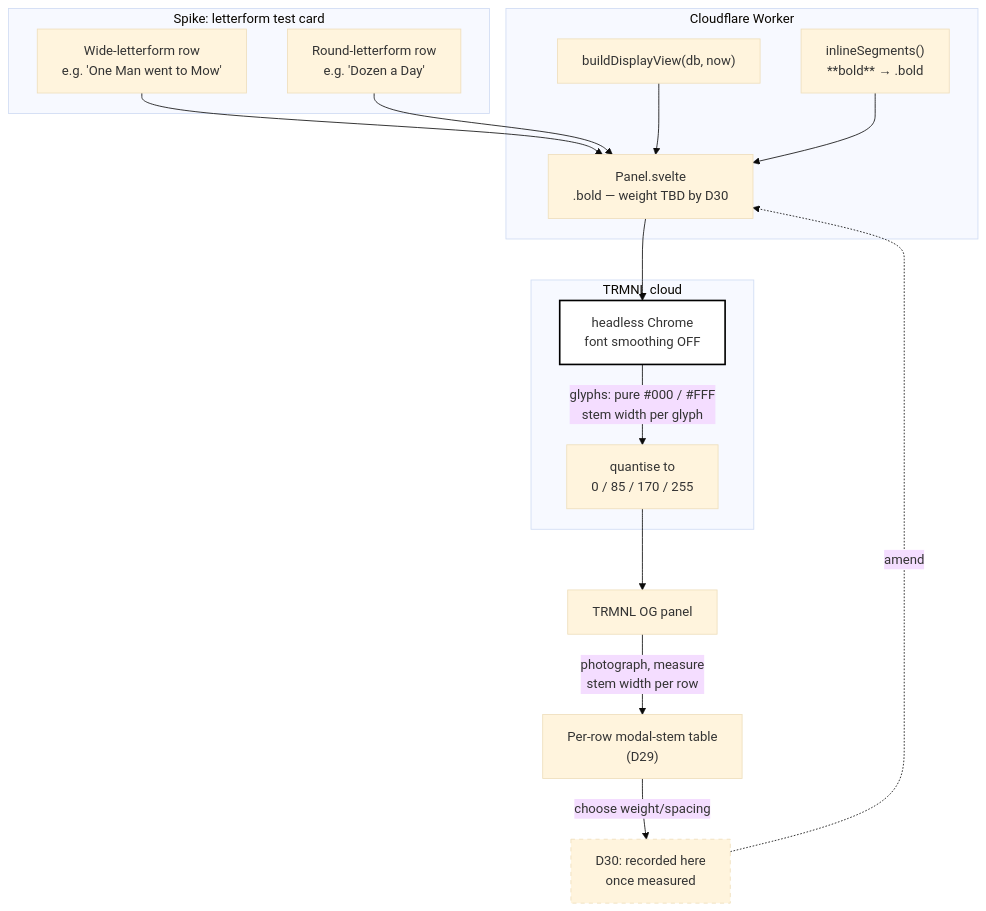
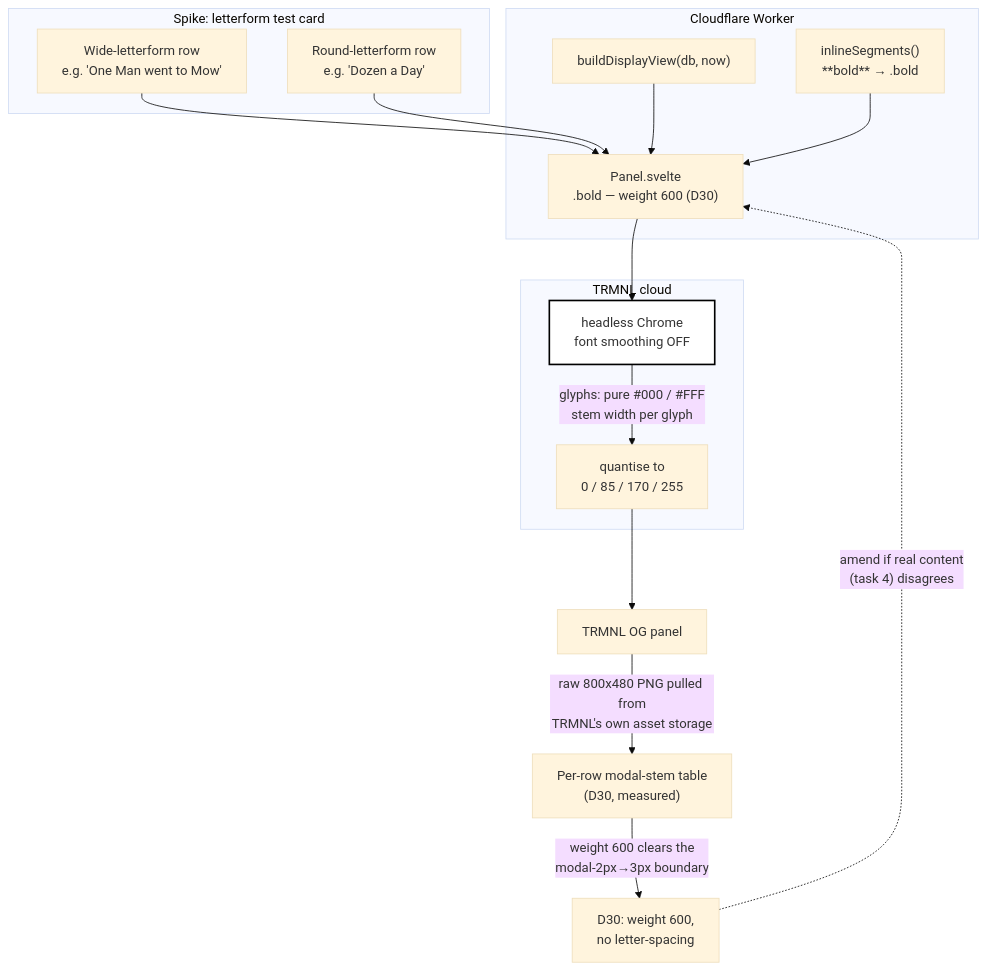
One commit to cainux/chore-score changed the diagram in openspec/changes/strengthen-bullet-emphasis/design.md. Above: the diagram before and after it, drawn with Mermaid (base theme). The commit also changed other lines of this file and 1 other file, not shown here.

First line of the commit message:
strengthen-bullet-emphasis: measure candidates, decide on weight 600 (D30)

````diff
--- a/openspec/changes/strengthen-bullet-emphasis/design.md
+++ b/openspec/changes/strengthen-bullet-emphasis/design.md
@@ -44,33 +60,32 @@
 ```mermaid
 flowchart TB
     subgraph worker["Cloudflare Worker"]
         VIEW["buildDisplayView(db, now)"]
-        PANEL["Panel.svelte<br/>.bold — weight TBD by D30"]
+        PANEL["Panel.svelte<br/>.bold — weight 600 (D30)"]
         MD["inlineSegments()<br/>**bold** → .bold"]
     end
 
     subgraph card["Spike: letterform test card"]
         WIDE["Wide-letterform row<br/>e.g. 'One Man went to Mow'"]
         ROUND["Round-letterform row<br/>e.g. 'Dozen a Day'"]
     end
 
     subgraph trmnl["TRMNL cloud"]
         CHROME["headless Chrome<br/>font smoothing OFF"]
         QUANT["quantise to<br/>0 / 85 / 170 / 255"]
     end
 
     WIDE --> PANEL
     ROUND --> PANEL
     VIEW --> PANEL
     MD --> PANEL
     PANEL --> CHROME
     CHROME -->|"glyphs: pure #000 / #FFF<br/>stem width per glyph"| QUANT
     QUANT --> WALL["TRMNL OG panel"]
 
-    WALL -->|"photograph, measure<br/>stem width per row"| MEASURE["Per-row modal-stem table<br/>(D29)"]
-    MEASURE -->|"choose weight/spacing"| DECIDE["D30: recorded here<br/>once measured"]
-    DECIDE -.->|"amend"| PANEL
+    WALL -->|"raw 800x480 PNG pulled from<br/>TRMNL's own asset storage"| MEASURE["Per-row modal-stem table<br/>(D30, measured)"]
+    MEASURE -->|"weight 600 clears the<br/>modal-2px→3px boundary"| DECIDE["D30: weight 600,<br/>no letter-spacing"]
+    DECIDE -.->|"amend if real content<br/>(task 4) disagrees"| PANEL
 
     style CHROME fill:#fff,stroke:#000,stroke-width:2px
-    style DECIDE stroke-dasharray: 5 5
 ```
````
